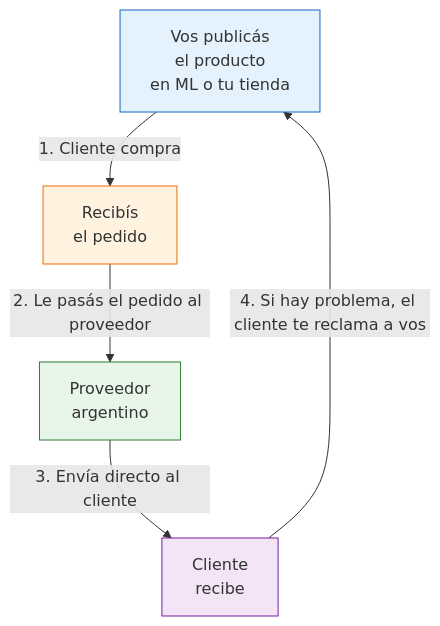
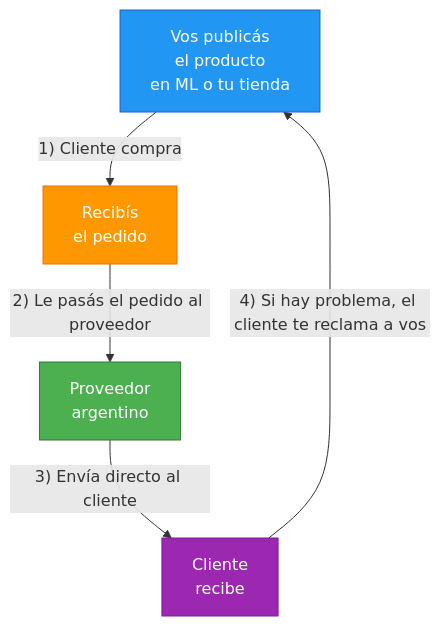
The diagram in app/paso1-argentina/empezar-de-cero/dropshipping-local.mdx (barrosignacioezequiel-coder/docs), drawn with Mermaid before and after one commit. The commit also changed 66 other files, not shown here.

First line of the commit message:
fix: resolve Mermaid v11 numbered list errors + improve contrast

````diff
--- a/app/paso1-argentina/empezar-de-cero/dropshipping-local.mdx
+++ b/app/paso1-argentina/empezar-de-cero/dropshipping-local.mdx
@@ -15,12 +15,12 @@
 ```mermaid
 graph TD
-    A["Vos publicás<br/>el producto<br/>en ML o tu tienda"] -->|"1. Cliente compra"| B["Recibís<br/>el pedido"]
-    B -->|"2. Le pasás el pedido al proveedor"| C["Proveedor<br/>argentino"]
-    C -->|"3. Envía directo al cliente"| D["Cliente<br/>recibe"]
-    D -->|"4. Si hay problema, el cliente te reclama a vos"| A
+    A["Vos publicás<br/>el producto<br/>en ML o tu tienda"] -->|"1) Cliente compra"| B["Recibís<br/>el pedido"]
+    B -->|"2) Le pasás el pedido al proveedor"| C["Proveedor<br/>argentino"]
+    C -->|"3) Envía directo al cliente"| D["Cliente<br/>recibe"]
+    D -->|"4) Si hay problema, el cliente te reclama a vos"| A
 
-    style A fill:#e3f2fd,stroke:#1565c0
-    style B fill:#fff3e0,stroke:#ef6c00
-    style C fill:#e8f5e9,stroke:#2e7d32
-    style D fill:#f3e5f5,stroke:#7b1fa2
+    style A fill:#2196f3,stroke:#1565c0,color:#fff
+    style B fill:#ff9800,stroke:#ef6c00,color:#fff
+    style C fill:#4caf50,stroke:#2e7d32,color:#fff
+    style D fill:#9c27b0,stroke:#7b1fa2,color:#fff
 ```
````
